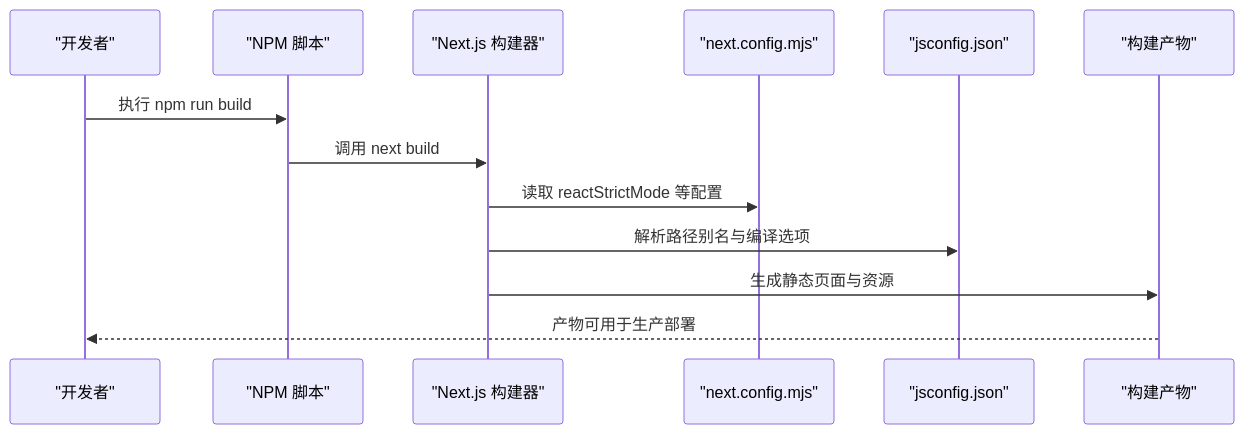
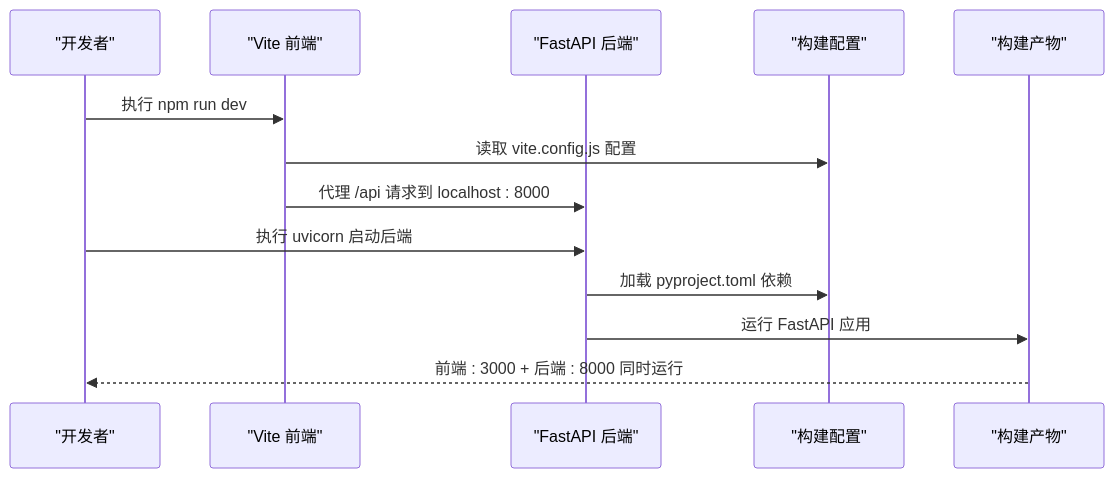
The second of 3 diagrams in .qoder/repowiki/zh/content/部署与运维/构建配置.md (marvin9551/InsightMesh), drawn with Mermaid before and after one commit. The commit also changed other lines of this file and 10 other files, not shown here.

````diff
--- a/.qoder/repowiki/zh/content/部署与运维/构建配置.md
+++ b/.qoder/repowiki/zh/content/部署与运维/构建配置.md
@@ -99,15 +119,15 @@
 ```mermaid
 sequenceDiagram
 participant Dev as "开发者"
-participant NPM as "NPM 脚本"
-participant Next as "Next.js 构建器"
-participant Config as "next.config.mjs"
-participant TS as "jsconfig.json"
+participant Front as "Vite 前端"
+participant Back as "FastAPI 后端"
+participant Config as "构建配置"
 participant Out as "构建产物"
-Dev->>NPM : 执行 npm run build
-NPM->>Next : 调用 next build
-Next->>Config : 读取 reactStrictMode 等配置
-Next->>TS : 解析路径别名与编译选项
-Next->>Out : 生成静态页面与资源
-Out-->>Dev : 产物可用于生产部署
+Dev->>Front : 执行 npm run dev
+Front->>Config : 读取 vite.config.js 配置
+Front->>Back : 代理 /api 请求到 localhost : 8000
+Dev->>Back : 执行 uvicorn 启动后端
+Back->>Config : 加载 pyproject.toml 依赖
+Back->>Out : 运行 FastAPI 应用
+Out-->>Dev : 前端 : 3000 + 后端 : 8000 同时运行
 ```
````
